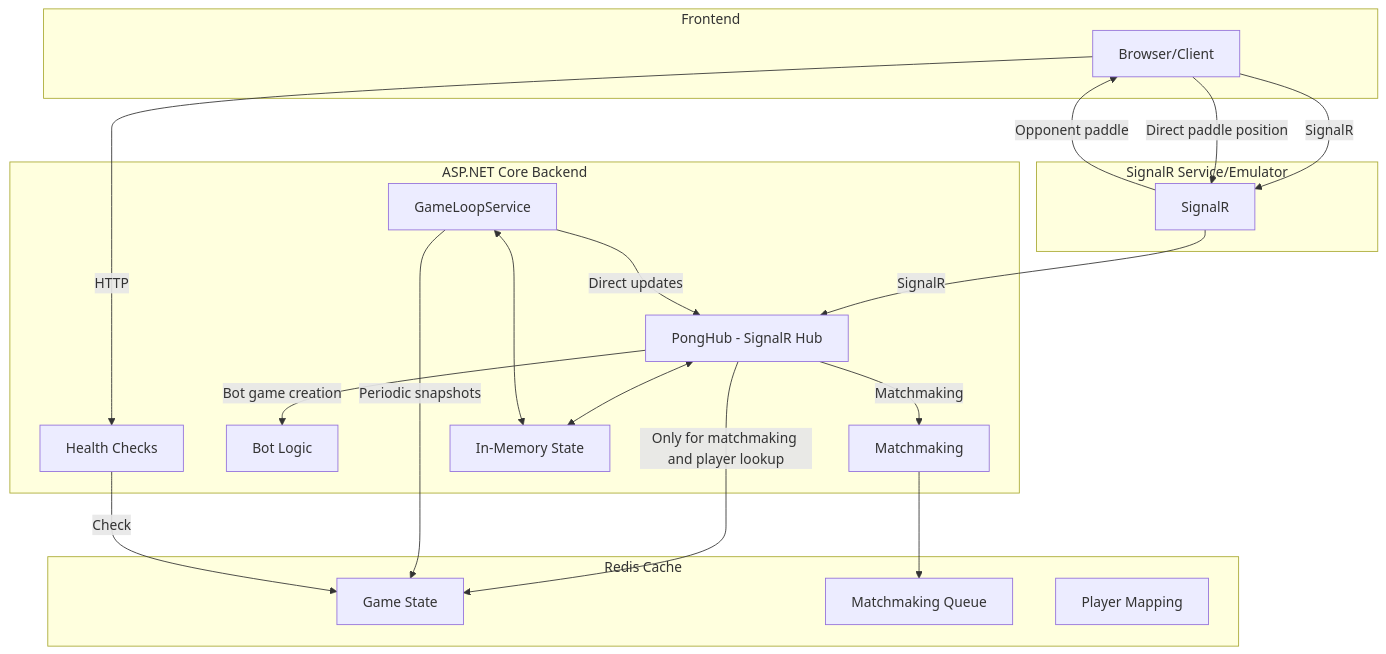
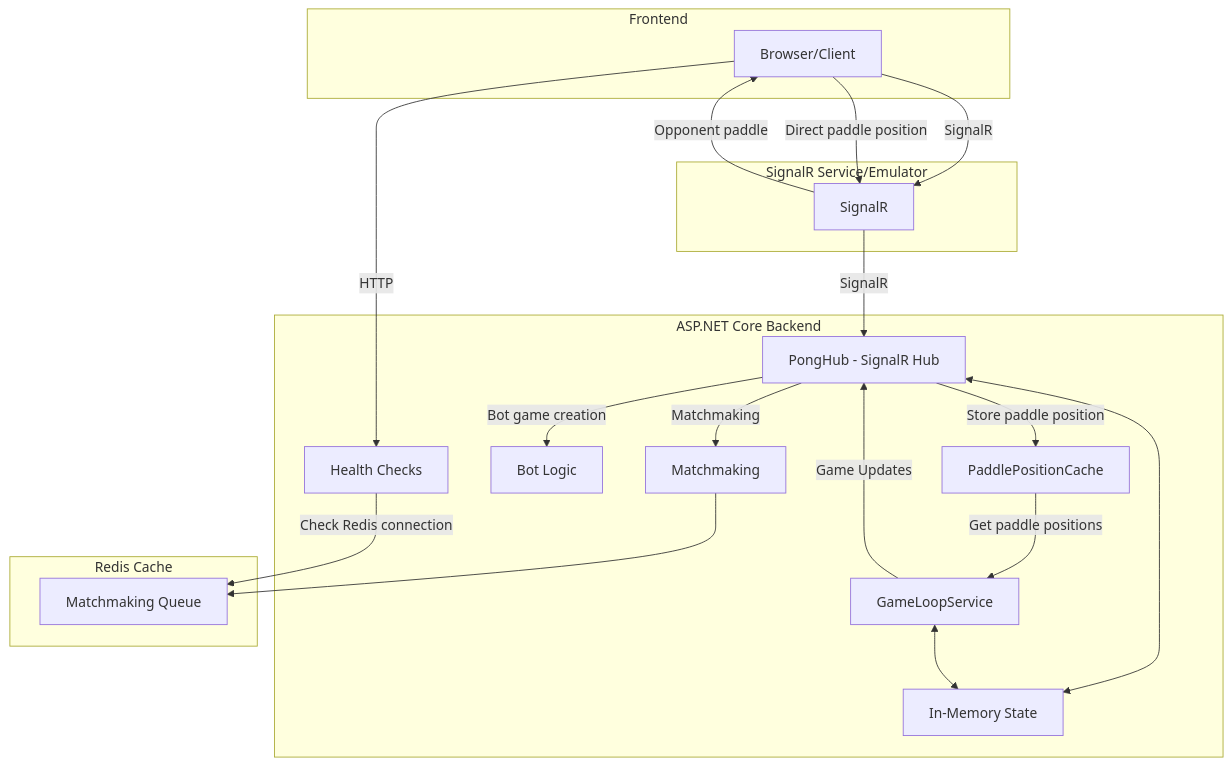
Before and after one commit to rmoreirao/AzureOnlinePongGame: the first of 4 diagrams in SYSTEM_DESIGN.md, drawn with Mermaid. The commit also changed other lines of this file and 1 other file, not shown here.

Commit message:
refactor: Remove GameSessionCache service to streamline session management

````diff
--- a/SYSTEM_DESIGN.md
+++ b/SYSTEM_DESIGN.md
@@ -32,37 +33,38 @@
 ```mermaid
 flowchart TD
     subgraph Frontend
         A[Browser/Client]
     end
     subgraph ASPNET_Core[ASP.NET Core Backend]
         B2[PongHub - SignalR Hub]
         B3[Matchmaking]
         B4[GameLoopService]
         B5[Bot Logic]
         B6[Health Checks]
         IM[In-Memory State]
+        PC[PaddlePositionCache]
     end
     subgraph Azure_SignalR[SignalR Service/Emulator]
         S[SignalR]
     end
     subgraph Redis[Redis Cache]
-        R[Game State]
         RQ[Matchmaking Queue]
-        RM[Player Mapping]
     end
     A -- SignalR --> S
     S -- SignalR --> B2
     B2 <--> IM
     B4 <--> IM
-    B2 -- Only for matchmaking and player lookup --> R
     B2 -- Matchmaking --> B3
     B3 --> RQ
-    B4 -- Periodic snapshots --> R
-    B4 -- Direct updates --> B2
+    B4 -- Game Updates --> B2
     B2 -- Bot game creation --> B5
     A -- HTTP --> B6
-    B6 -- Check --> R
+    B6 -- Check Redis connection --> RQ
+    
+    %% Paddle position handling
+    B2 -- Store paddle position --> PC
+    PC -- Get paddle positions --> B4
     
     %% Direct client-to-client paddle updates
     A -- Direct paddle position --> S -- Opponent paddle --> A
 ```
````
